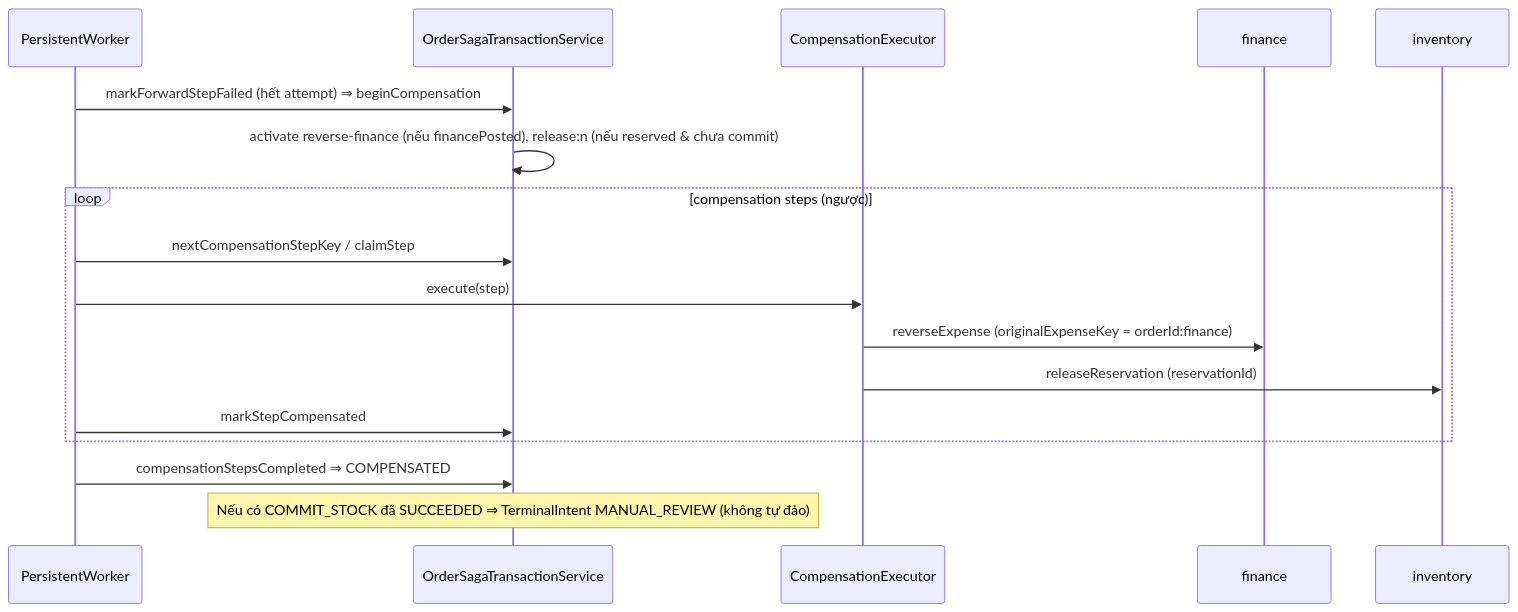
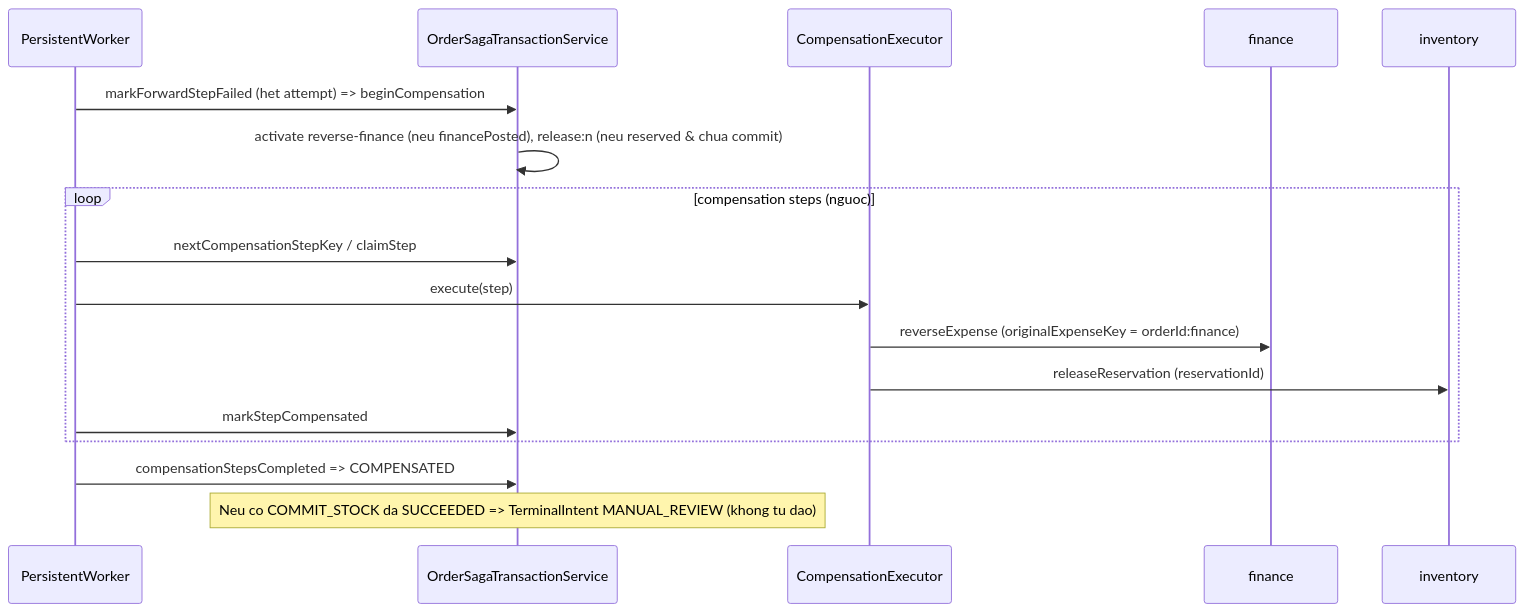
Before and after one commit to hatrongvu13/smartfarm-platform-maven-starter: the fourth of 4 diagrams in docs/architecture/order-saga.md, drawn with Mermaid. The commit also changed other lines of this file and 4 other files, not shown here.

````diff
--- a/docs/architecture/order-saga.md
+++ b/docs/architecture/order-saga.md
@@ -146,19 +146,19 @@
 ```mermaid
 sequenceDiagram
     participant W as PersistentWorker
     participant TX as OrderSagaTransactionService
     participant K as CompensationExecutor
     participant FIN as finance
     participant INV as inventory
-    W->>TX: markForwardStepFailed (hết attempt) ⇒ beginCompensation
-    TX->>TX: activate reverse-finance (nếu financePosted), release:n (nếu reserved & chưa commit)
-    loop compensation steps (ngược)
+    W->>TX: markForwardStepFailed (het attempt) => beginCompensation
+    TX->>TX: activate reverse-finance (neu financePosted), release:n (neu reserved & chua commit)
+    loop compensation steps (nguoc)
       W->>TX: nextCompensationStepKey / claimStep
       W->>K: execute(step)
       K->>FIN: reverseExpense (originalExpenseKey = orderId:finance)
       K->>INV: releaseReservation (reservationId)
       W->>TX: markStepCompensated
     end
-    W->>TX: compensationStepsCompleted ⇒ COMPENSATED
-    note over TX: Nếu có COMMIT_STOCK đã SUCCEEDED ⇒ TerminalIntent MANUAL_REVIEW (không tự đảo)
+    W->>TX: compensationStepsCompleted => COMPENSATED
+    note over TX: Neu co COMMIT_STOCK da SUCCEEDED => TerminalIntent MANUAL_REVIEW (khong tu dao)
 ```
````
